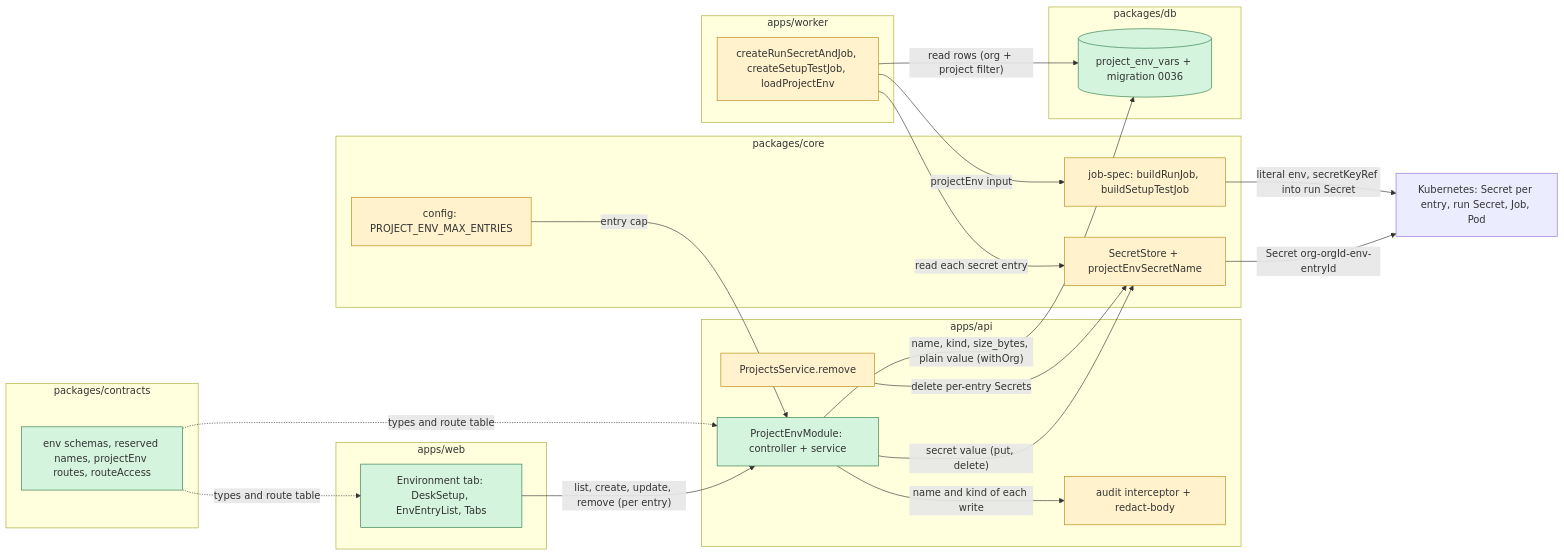
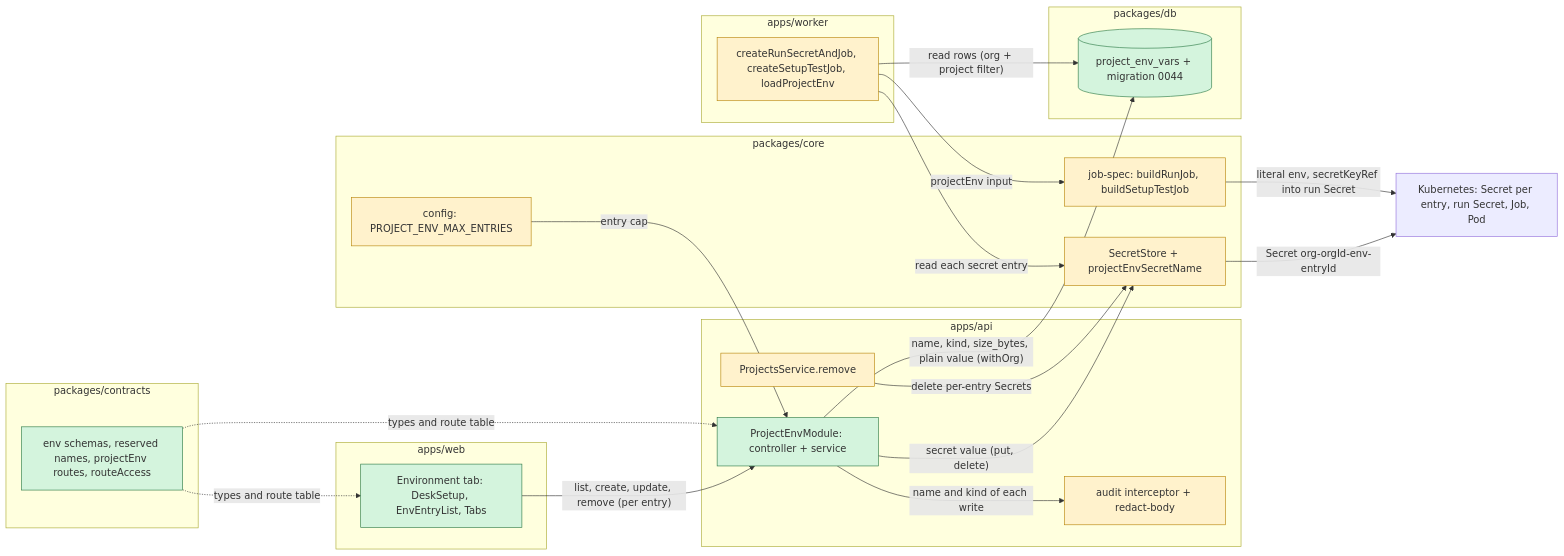
One commit to haicanhdieu/agent-desk changed the first of 2 diagrams in docs/superpowers/specs/2026-11-23-workspace-env-secrets-design.md. Above: the diagram before and after it, drawn with Mermaid. The commit also changed other lines of this file and 3 other files, not shown here.

````diff
--- a/docs/superpowers/specs/2026-11-23-workspace-env-secrets-design.md
+++ b/docs/superpowers/specs/2026-11-23-workspace-env-secrets-design.md
@@ -135,43 +135,43 @@
 ```mermaid
 flowchart LR
     subgraph contractsLayer["packages/contracts"]
         CON["env schemas, reserved names, projectEnv routes, routeAccess"]:::new
     end
     subgraph webLayer["apps/web"]
         WEB["Environment tab: DeskSetup, EnvEntryList, Tabs"]:::new
     end
     subgraph apiLayer["apps/api"]
         API["ProjectEnvModule: controller + service"]:::new
         AUD["audit interceptor + redact-body"]:::changed
         PRJ["ProjectsService.remove"]:::changed
     end
     subgraph workerLayer["apps/worker"]
         ACT["createRunSecretAndJob, createSetupTestJob, loadProjectEnv"]:::changed
     end
     subgraph coreLayer["packages/core"]
         JOB["job-spec: buildRunJob, buildSetupTestJob"]:::changed
         SST["SecretStore + projectEnvSecretName"]:::changed
         CFG["config: PROJECT_ENV_MAX_ENTRIES"]:::changed
     end
     subgraph dbLayer["packages/db"]
-        TBL[("project_env_vars + migration 0036")]:::new
+        TBL[("project_env_vars + migration 0044")]:::new
     end
     K8S["Kubernetes: Secret per entry, run Secret, Job, Pod"]
 
     WEB -->|"list, create, update, remove (per entry)"| API
     API -->|"name, kind, size_bytes, plain value (withOrg)"| TBL
     API -->|"secret value (put, delete)"| SST
     SST -->|"Secret org-orgId-env-entryId"| K8S
     API -->|"name and kind of each write"| AUD
     PRJ -->|"delete per-entry Secrets"| SST
     CFG -->|"entry cap"| API
     ACT -->|"read rows (org + project filter)"| TBL
     ACT -->|"read each secret entry"| SST
     ACT -->|"projectEnv input"| JOB
     JOB -->|"literal env, secretKeyRef into run Secret"| K8S
     CON -.->|"types and route table"| WEB
     CON -.->|"types and route table"| API
 
     classDef new fill:#d4f4dd,stroke:#2d7a46
     classDef changed fill:#fff2cc,stroke:#b8860b
 ```
````
